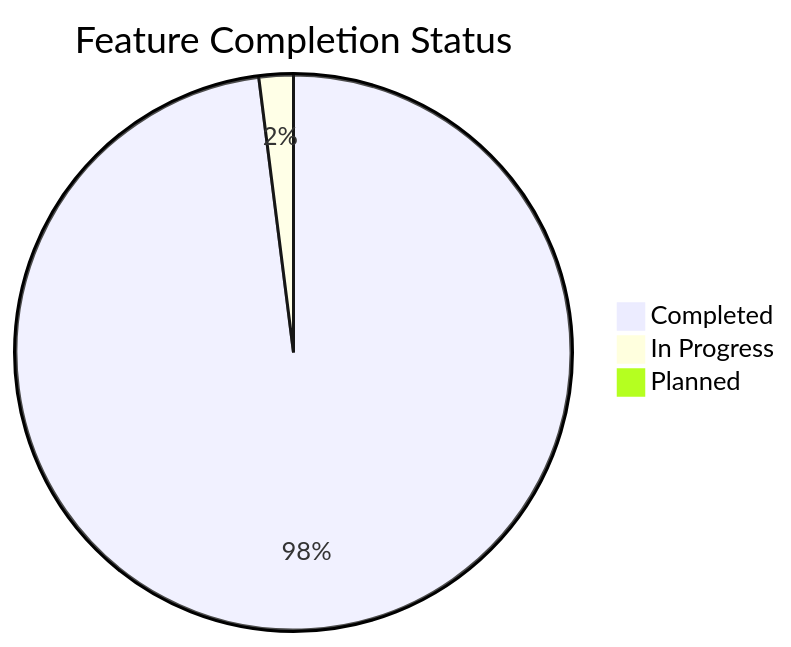
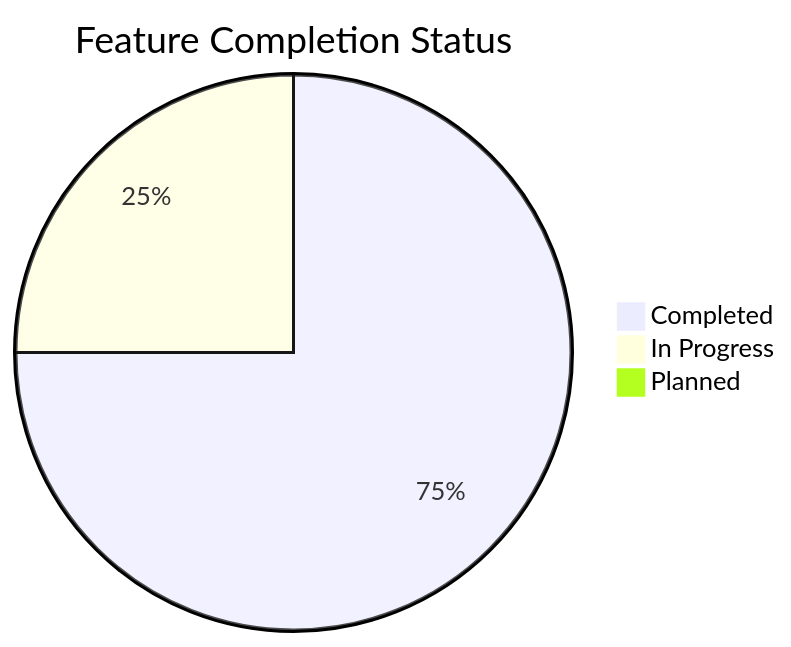
The second of 2 diagrams in docs/planning/roadmap.md (mrj0nesmtl/cloud-burst), drawn with Mermaid before and after one commit. The commit also changed other lines of this file and 7 other files, not shown here.

````diff
--- a/docs/planning/roadmap.md
+++ b/docs/planning/roadmap.md
@@ -263,6 +300,6 @@
 ```mermaid
 pie title Feature Completion Status
-    "Completed" : 98
-    "In Progress" : 2
+    "Completed" : 75
+    "In Progress" : 25
     "Planned" : 0
 ```
````
